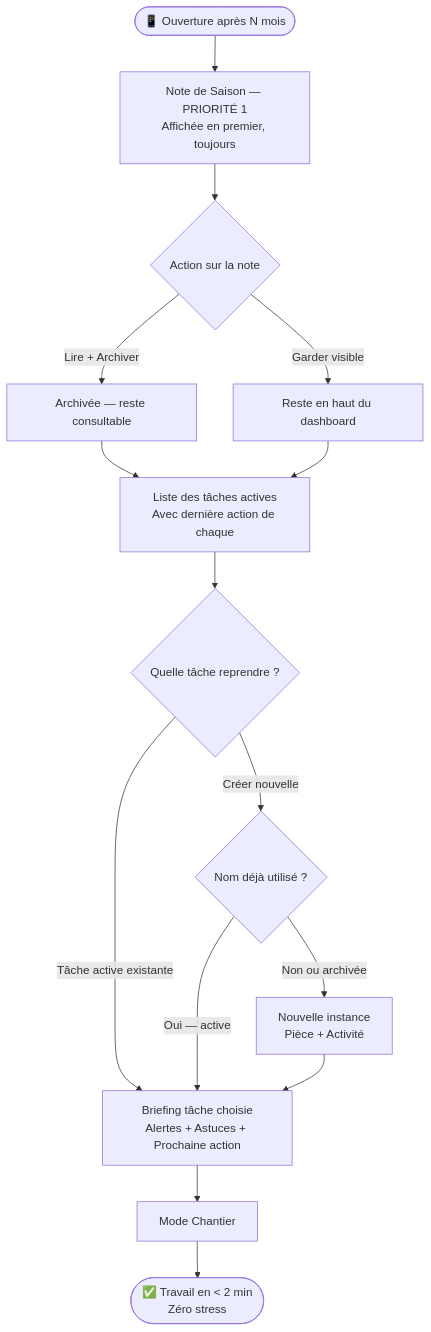
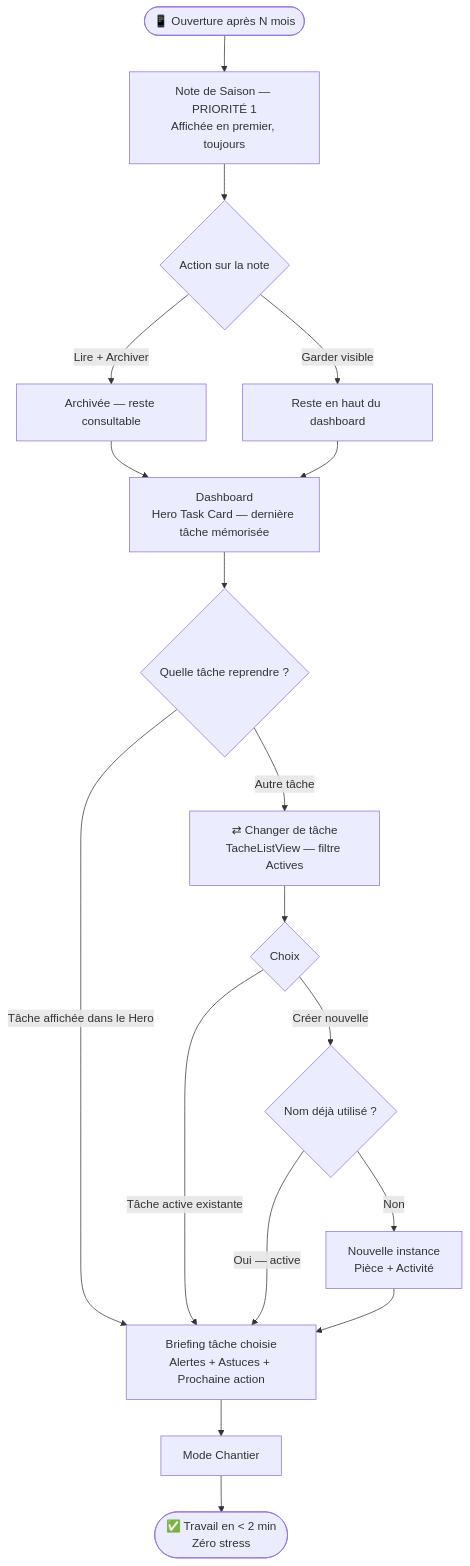
Before and after one commit to Nicode80/Gestion-Travaux: the third of 5 diagrams in _bmad-output/planning-artifacts/ux-design-specification.md, drawn with Mermaid. The commit also changed other lines of this file and 20 other files, not shown here.

````diff
--- a/_bmad-output/planning-artifacts/ux-design-specification.md
+++ b/_bmad-output/planning-artifacts/ux-design-specification.md
@@ -540,18 +540,21 @@
 ```mermaid
 flowchart TD
     A([📱 Ouverture après N mois]) --> B[Note de Saison — PRIORITÉ 1\nAffichée en premier, toujours]
     B --> C{Action sur la note}
     C -->|Lire + Archiver| D[Archivée — reste consultable]
     C -->|Garder visible| D2[Reste en haut du dashboard]
-    D & D2 --> E[Liste des tâches actives\nAvec dernière action de chaque]
+    D & D2 --> E[Dashboard\nHero Task Card — dernière tâche mémorisée]
 
     E --> F{Quelle tâche reprendre ?}
-    F -->|Tâche active existante| BRF
-    F -->|Créer nouvelle| G{Nom déjà utilisé ?}
+    F -->|Tâche affichée dans le Hero| BRF
+    F -->|Autre tâche| E2[⇄ Changer de tâche\nTacheListView — filtre Actives]
+    E2 --> F2{Choix}
+    F2 -->|Tâche active existante| BRF
+    F2 -->|Créer nouvelle| G{Nom déjà utilisé ?}
     G -->|Oui — active| BRF
-    G -->|Non ou archivée| H[Nouvelle instance\nPièce + Activité]
+    G -->|Non| H[Nouvelle instance\nPièce + Activité]
     H --> BRF
 
     BRF[Briefing tâche choisie\nAlertes + Astuces + Prochaine action] --> I[Mode Chantier]
     I --> J([✅ Travail en < 2 min\nZéro stress])
 ```
````
